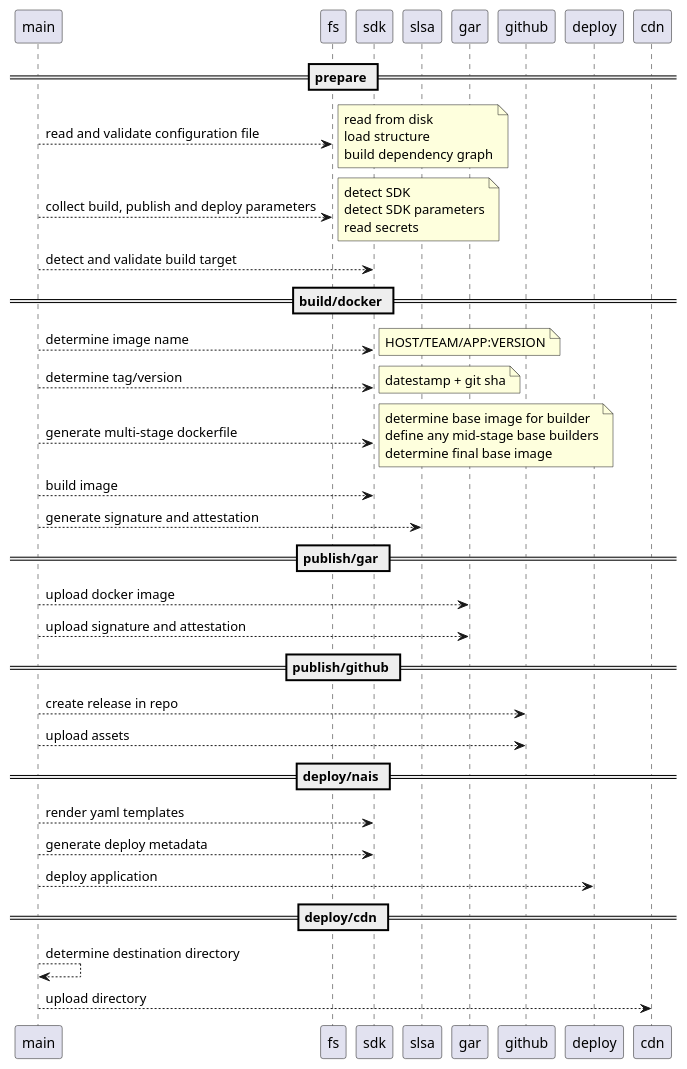
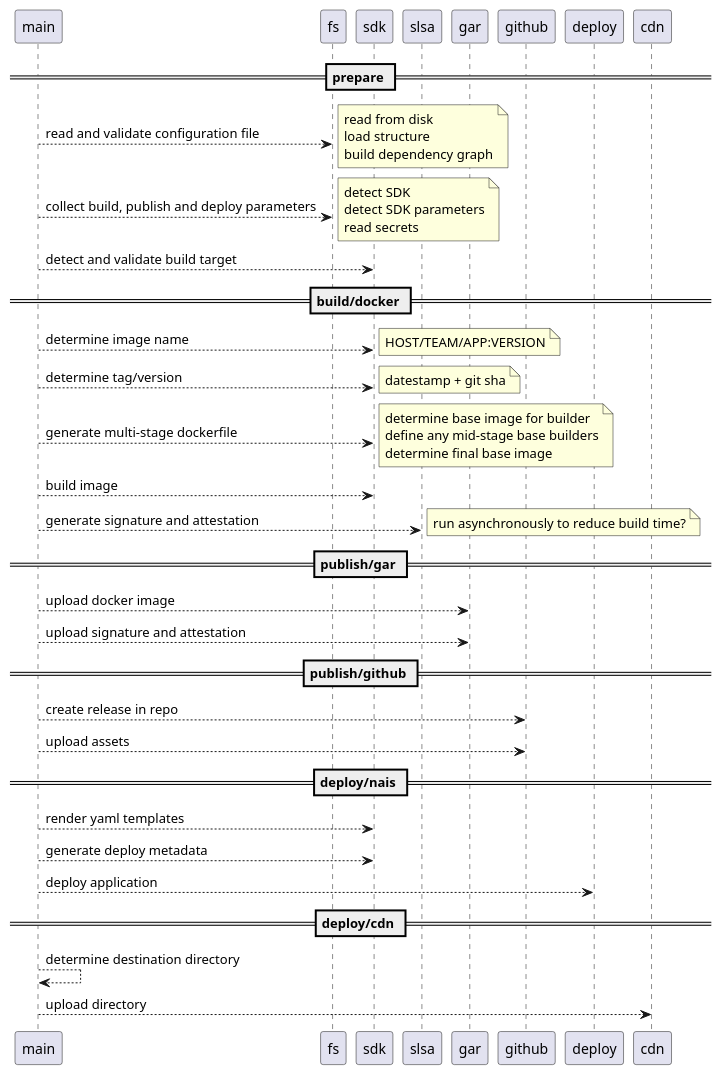
Before and after one commit to nais/build: the diagram in diagrams/build-process.puml, drawn with PlantUML. The commit also changed 1 other file, not shown here.

```diff
--- a/diagrams/build-process.puml
+++ b/diagrams/build-process.puml
@@ -1,44 +1,45 @@
 @startuml
 
 == prepare ==
 main --> fs: read and validate configuration file
 note right: read from disk\n\
 load structure\n\
 build dependency graph
 main --> fs: collect build, publish and deploy parameters
 note right: detect SDK\n\
 detect SDK parameters\n\
 read secrets
 main --> sdk: detect and validate build target
 
 == build/docker ==
 main --> sdk: determine image name
 note right: HOST/TEAM/APP:VERSION
 main --> sdk: determine tag/version
 note right: datestamp + git sha
 main --> sdk: generate multi-stage dockerfile
 note right: \
 determine base image for builder\n\
 define any mid-stage base builders\n\
 determine final base image
 main --> sdk: build image
 main --> slsa: generate signature and attestation
+note right: run asynchronously to reduce build time?
 
 == publish/gar ==
 main --> gar: upload docker image
 main --> gar: upload signature and attestation
 
 == publish/github ==
 main --> github: create release in repo
 main --> github: upload assets
 
 == deploy/nais ==
 main --> sdk: render yaml templates
 main --> sdk: generate deploy metadata
 main --> deploy: deploy application
 
 == deploy/cdn ==
 main --> main: determine destination directory
 main --> cdn: upload directory
 
 @enduml
```
